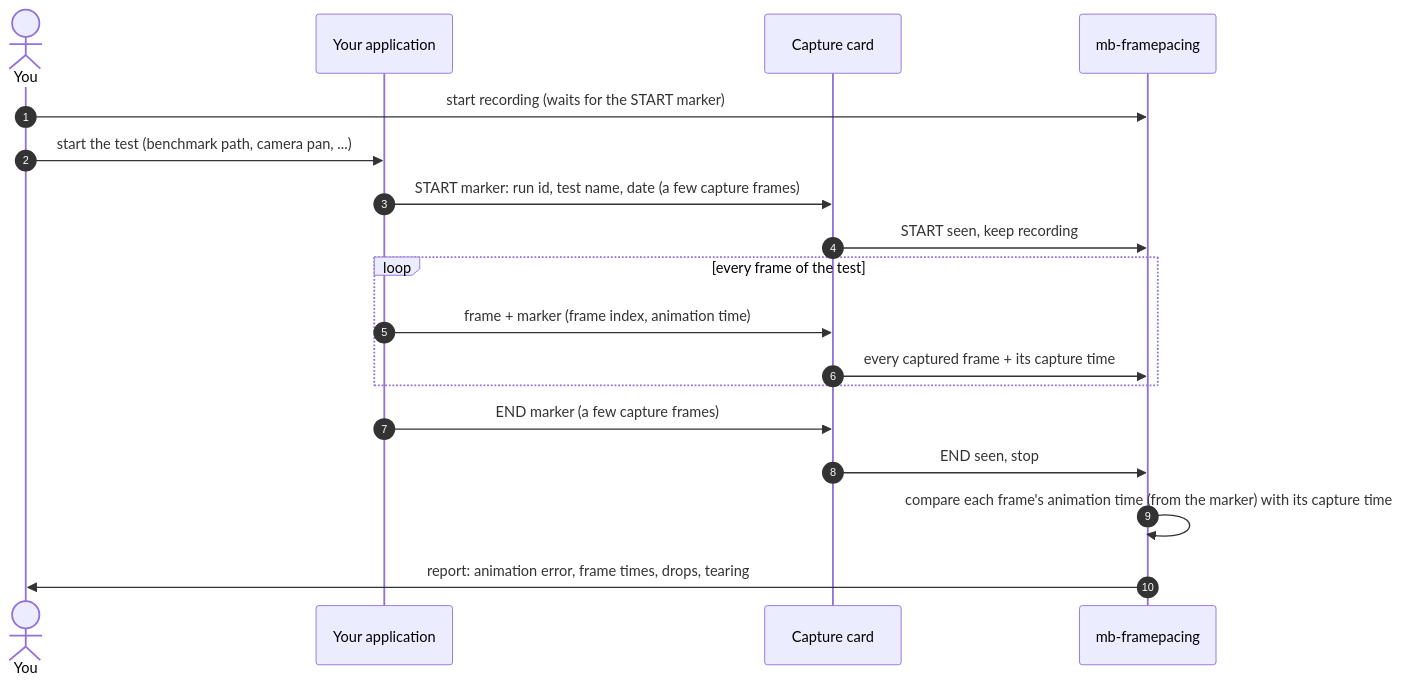
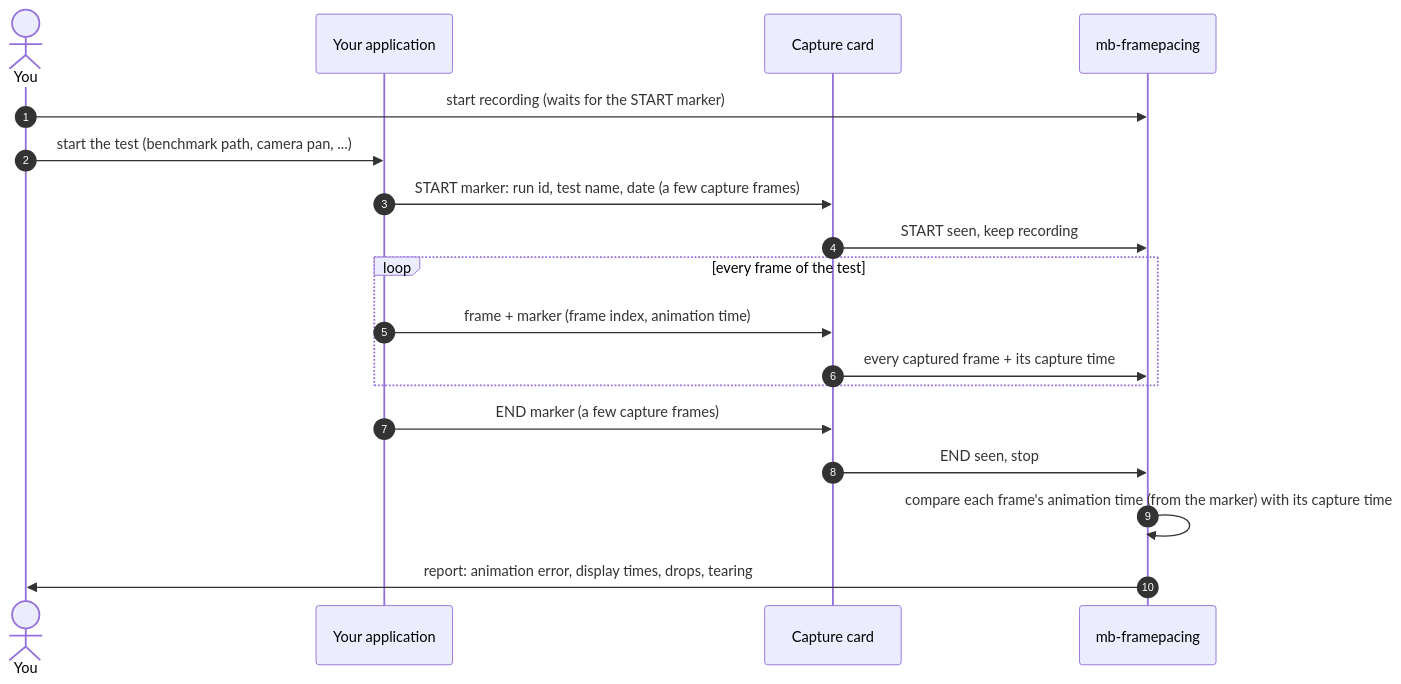
The second of 4 diagrams in README.md (Unarmed1000/mb-framepacing), drawn with Mermaid before and after one commit. The commit also changed other lines of this file and 9 other files, not shown here.

````diff
--- a/README.md
+++ b/README.md
@@ -123,20 +131,20 @@
 ```mermaid
 sequenceDiagram
     autonumber
     actor You
     participant App as Your application
     participant Card as Capture card
     participant Tool as mb-framepacing
     You->>Tool: start recording (waits for the START marker)
     You->>App: start the test (benchmark path, camera pan, ...)
     App->>Card: START marker: run id, test name, date (a few capture frames)
     Card->>Tool: START seen, keep recording
     loop every frame of the test
         App->>Card: frame + marker (frame index, animation time)
         Card->>Tool: every captured frame + its capture time
     end
     App->>Card: END marker (a few capture frames)
     Card->>Tool: END seen, stop
     Tool->>Tool: compare each frame's animation time (from the marker) with its capture time
-    Tool->>You: report: animation error, frame times, drops, tearing
+    Tool->>You: report: animation error, display times, drops, tearing
 ```
````
